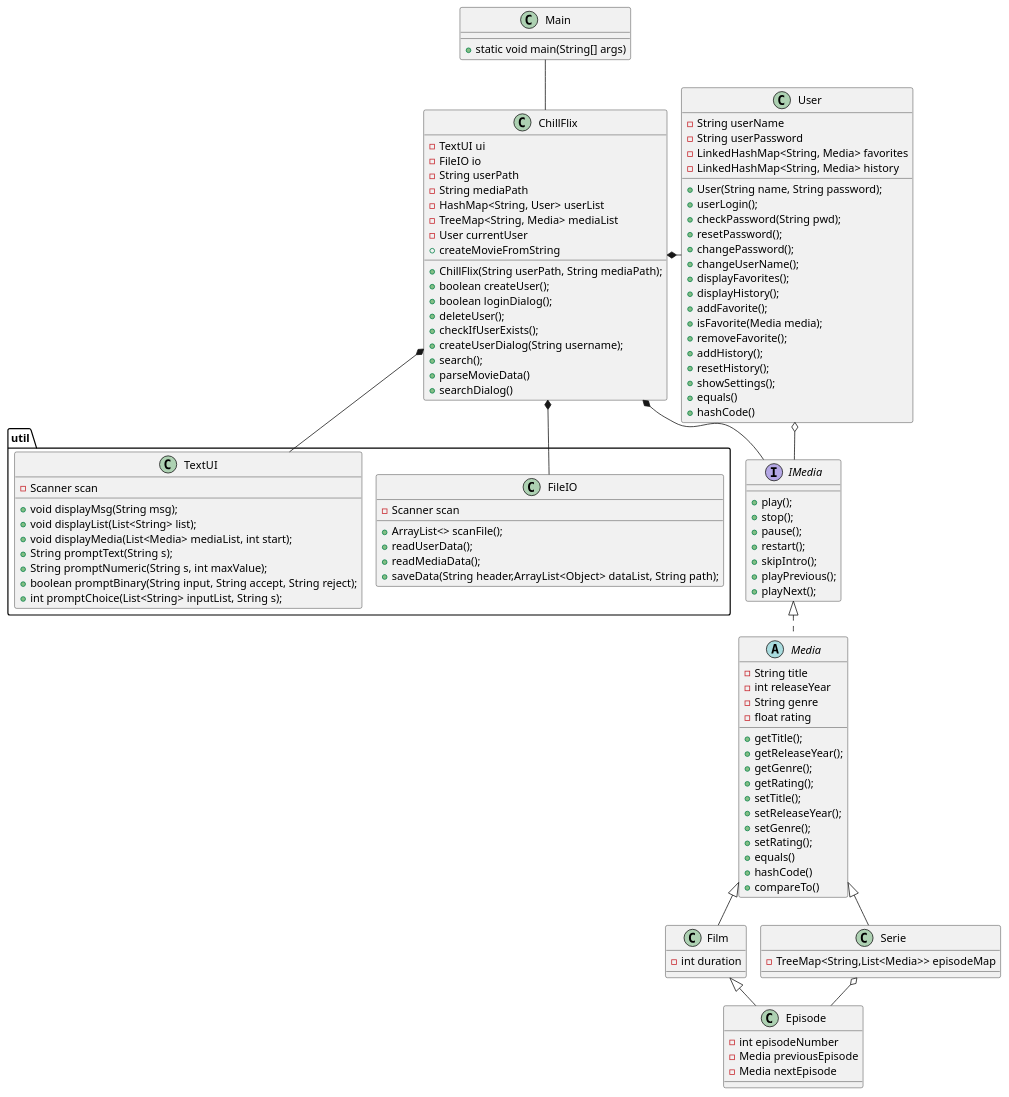
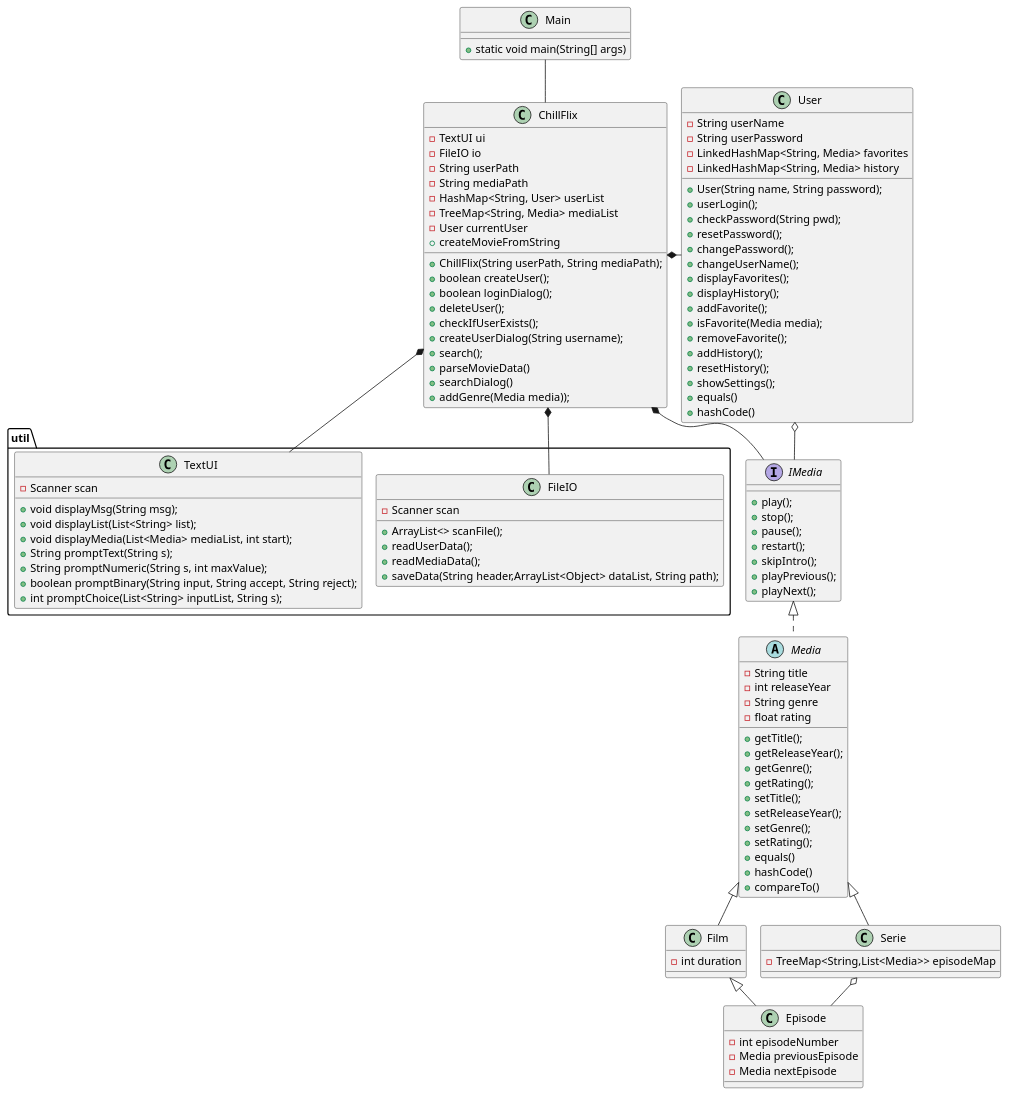
Before and after one commit to Falcho/SP3: the diagram in docs/classDiagram.puml, drawn with PlantUML.

Commit message:
Oprettet addGenre i klassediagrammet.

```diff
--- a/docs/classDiagram.puml
+++ b/docs/classDiagram.puml
@@ -1,127 +1,128 @@
 @startuml
 'https://plantuml.com/class-diagram
 !pragma layout smetana
 
 Class Main{
 +static void main(String[] args)
 }
 
 Class ChillFlix{
 -TextUI ui
 -FileIO io
 -String userPath
 -String mediaPath
 -HashMap<String, User> userList
 -TreeMap<String, Media> mediaList
 -User currentUser
 +ChillFlix(String userPath, String mediaPath);
 +boolean createUser();
 +boolean loginDialog();
 +deleteUser();
 +checkIfUserExists();
 +createUserDialog(String username);
 +search();
 +parseMovieData()
 +createMovieFromString
 +searchDialog()
++addGenre(Media media));
 }
 
 
 Class User{
 -String userName
 -String userPassword
 -LinkedHashMap<String, Media> favorites
 -LinkedHashMap<String, Media> history
 +User(String name, String password);
 +userLogin();
 +checkPassword(String pwd);
 +resetPassword();
 +changePassword();
 +changeUserName();
 +displayFavorites();
 +displayHistory();
 +addFavorite();
 +isFavorite(Media media);
 +removeFavorite();
 +addHistory();
 +resetHistory();
 +showSettings();
 +equals()
 +hashCode()
 }
 
 Interface IMedia{
 +play();
 +stop();
 +pause();
 +restart();
 +skipIntro();
 +playPrevious();
 +playNext();
 }
 abstract Class Media{
 -String title
 -int releaseYear
 -String genre
 -float rating
 +getTitle();
 +getReleaseYear();
 +getGenre();
 +getRating();
 +setTitle();
 +setReleaseYear();
 +setGenre();
 +setRating();
 +equals()
 +hashCode()
 +compareTo()
 }
 
 Class Film {
 -int duration
 }
 
 Class Serie{
 -TreeMap<String,List<Media>> episodeMap
 }
 
 
 Class Episode{
 -int episodeNumber
 -Media previousEpisode
 -Media nextEpisode
 }
 package util {
     Class FileIO{
     -Scanner scan
     +ArrayList<> scanFile();
     +readUserData();
     +readMediaData();
     +saveData(String header,ArrayList<Object> dataList, String path);
     }
 
     Class TextUI{
     -Scanner scan
     +void displayMsg(String msg);
     +void displayList(List<String> list);
     +void displayMedia(List<Media> mediaList, int start);
     +String promptText(String s);
     +String promptNumeric(String s, int maxValue);
     +boolean promptBinary(String input, String accept, String reject);
     +int promptChoice(List<String> inputList, String s);
     }
 }
 
 Film <|-- Episode
 Media <|-- Film
 Media <|-- Serie
 Serie o-- Episode
 IMedia <|.. Media
 ChillFlix *- User
 ChillFlix *-- IMedia
 ChillFlix *-- FileIO
 ChillFlix *-- TextUI
 Main -- ChillFlix
 User o- IMedia
 
 @enduml
```
